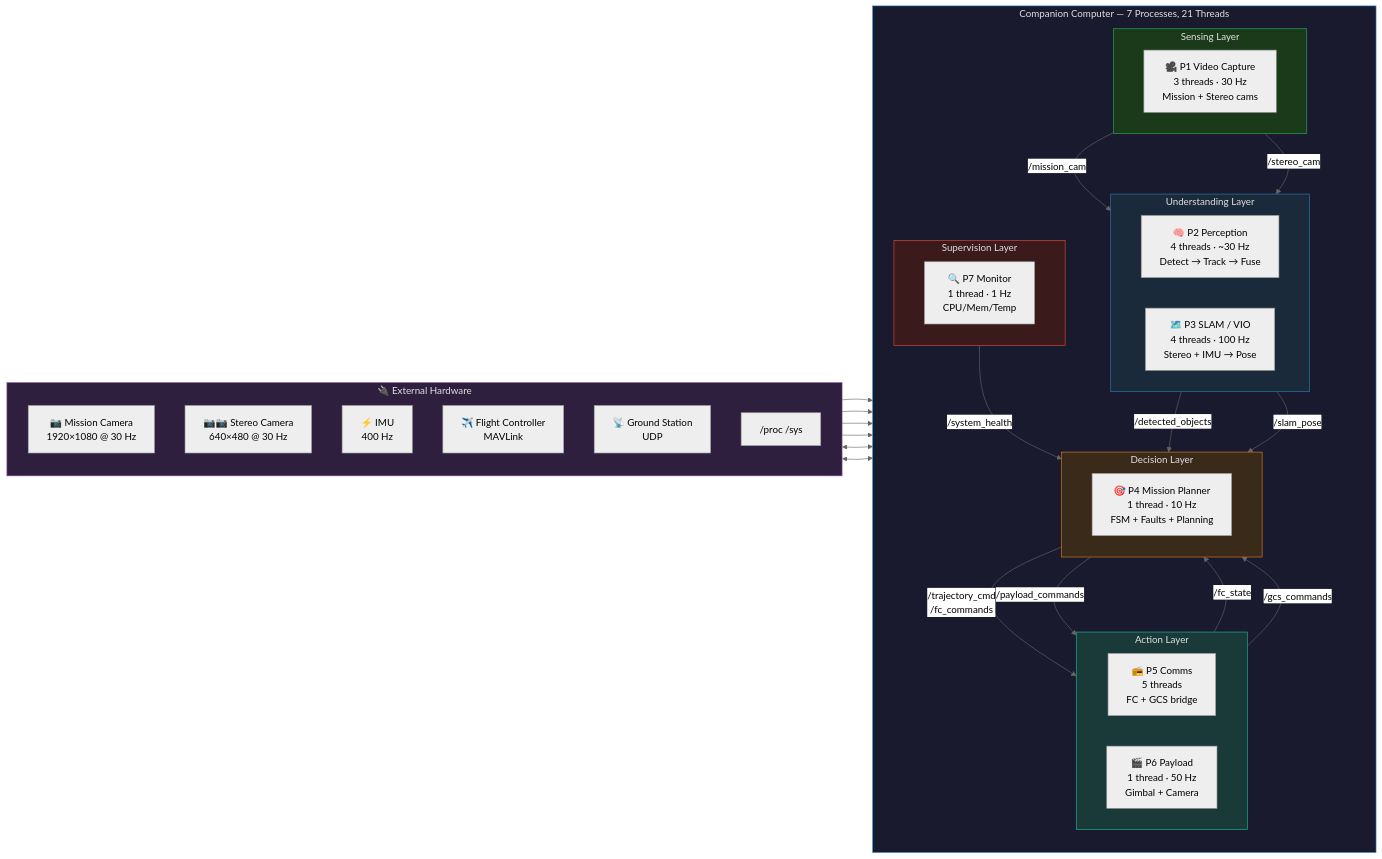
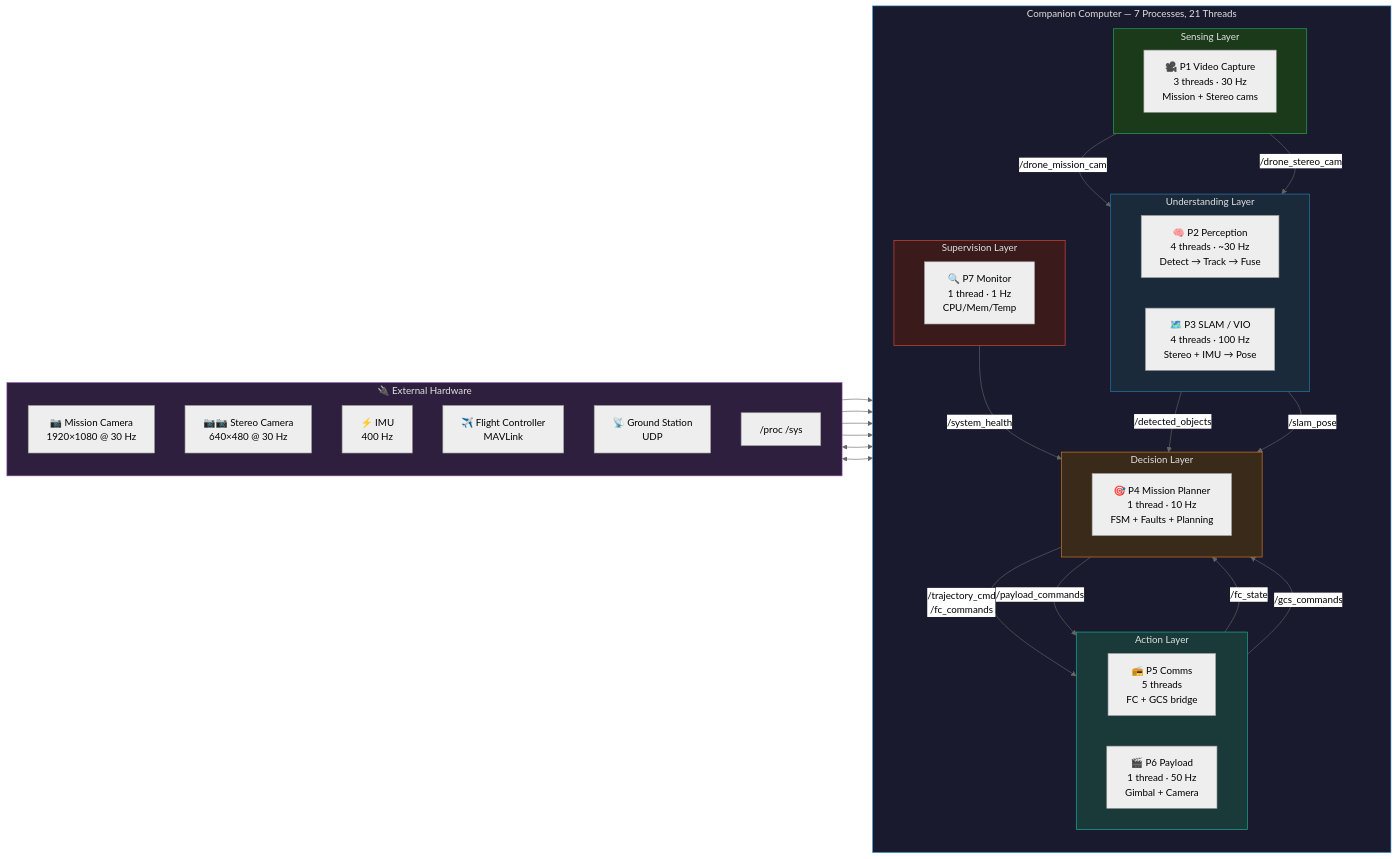
The first of 9 diagrams in README.md (nmohamaya/companion_software_stack), drawn with Mermaid (neutral theme) before and after one commit. The commit also changed other lines of this file and 3 other files, not shown here.

````diff
--- a/README.md
+++ b/README.md
@@ -11,68 +11,68 @@
 ```mermaid
 graph LR
     subgraph Sensors["🔌 External Hardware"]
         direction TB
         MissionCam["📷 Mission Camera\n1920×1080 @ 30 Hz"]
         StereoCam["📷📷 Stereo Camera\n640×480 @ 30 Hz"]
         IMU["⚡ IMU\n400 Hz"]
         FC["✈️ Flight Controller\nMAVLink"]
         GCS["📡 Ground Station\nUDP"]
         OS["/proc  /sys"]
     end
 
     subgraph Stack["Companion Computer — 7 Processes, 21 Threads"]
         direction TB
 
         subgraph Sense["Sensing Layer"]
             direction LR
             P1["🎥 P1 Video Capture\n3 threads · 30 Hz\nMission + Stereo cams"]
         end
 
         subgraph Understand["Understanding Layer"]
             direction LR
             P2["🧠 P2 Perception\n4 threads · ~30 Hz\nDetect → Track → Fuse"]
             P3["🗺️ P3 SLAM / VIO\n4 threads · 100 Hz\nStereo + IMU → Pose"]
         end
 
         subgraph Decide["Decision Layer"]
             direction LR
             P4["🎯 P4 Mission Planner\n1 thread · 10 Hz\nFSM + Faults + Planning"]
         end
 
         subgraph Act["Action Layer"]
             direction LR
             P5["📻 P5 Comms\n5 threads\nFC + GCS bridge"]
             P6["🎬 P6 Payload\n1 thread · 50 Hz\nGimbal + Camera"]
         end
 
         subgraph Watch["Supervision Layer"]
             direction LR
             P7["🔍 P7 Monitor\n1 thread · 1 Hz\nCPU/Mem/Temp"]
         end
     end
 
     MissionCam --> P1
     StereoCam --> P1
     IMU --> P3
     OS --> P7
     FC <--> P5
     GCS <--> P5
 
-    P1 -->|"/mission_cam"| P2
-    P1 -->|"/stereo_cam"| P3
+    P1 -->|"/drone_mission_cam"| P2
+    P1 -->|"/drone_stereo_cam"| P3
     P2 -->|"/detected_objects"| P4
     P3 -->|"/slam_pose"| P4
     P5 -->|"/fc_state"| P4
     P5 -->|"/gcs_commands"| P4
     P7 -->|"/system_health"| P4
     P4 -->|"/trajectory_cmd\n/fc_commands"| P5
     P4 -->|"/payload_commands"| P6
 
     style Sensors fill:#2d1f3d,stroke:#9b59b6,color:#e0e0e0
     style Stack fill:#1a1a2e,stroke:#3498db,color:#e0e0e0
     style Sense fill:#1a3a1a,stroke:#27ae60,color:#e0e0e0
     style Understand fill:#1a2a3a,stroke:#2980b9,color:#e0e0e0
     style Decide fill:#3a2a1a,stroke:#e67e22,color:#e0e0e0
     style Act fill:#1a3a3a,stroke:#1abc9c,color:#e0e0e0
     style Watch fill:#3a1a1a,stroke:#e74c3c,color:#e0e0e0
 ```
````
